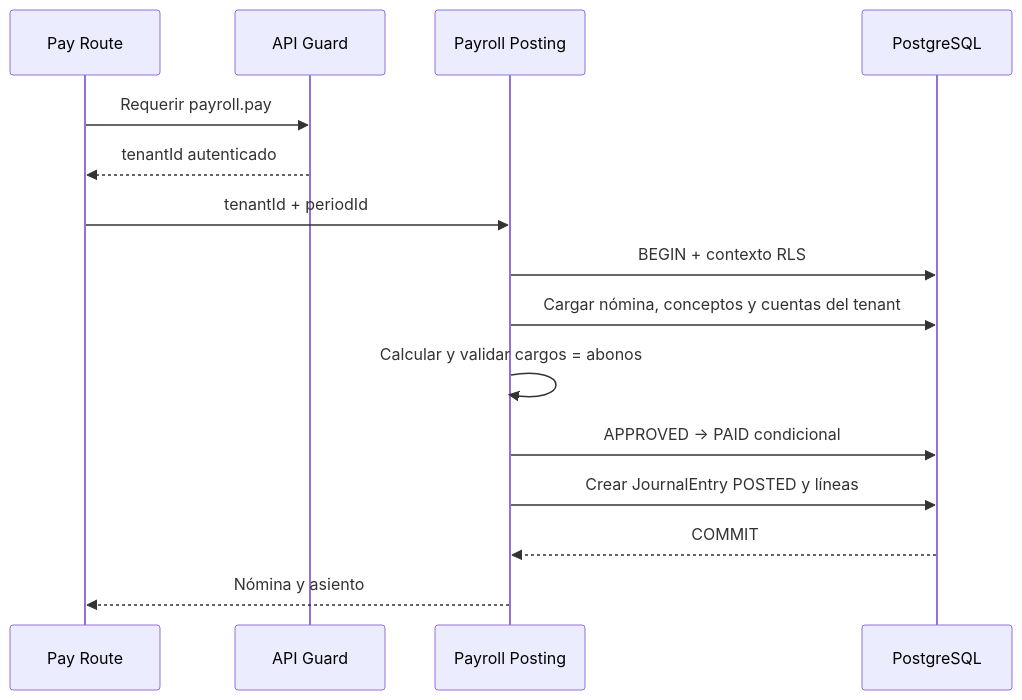
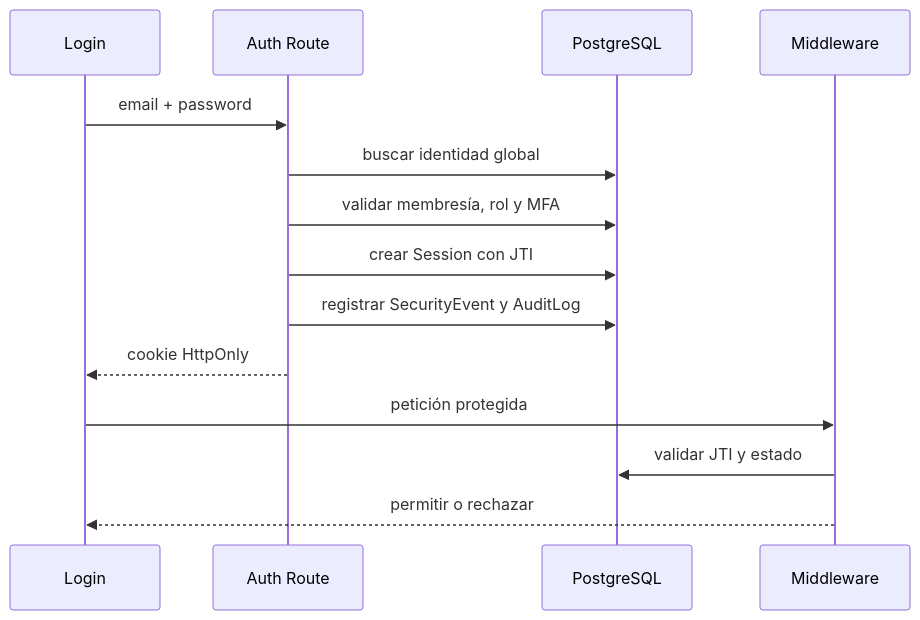
The second of 2 diagrams in ARCHITECTURE.md (AanV03/The-Tower-Power-ERP), drawn with Mermaid before and after one commit. The commit also changed other lines of this file and 1 other file, not shown here.

````diff
--- a/ARCHITECTURE.md
+++ b/ARCHITECTURE.md
@@ -195,18 +263,17 @@
 ```mermaid
 sequenceDiagram
-    participant API as Pay Route
-    participant Guard as API Guard
-    participant Service as Payroll Posting
+    participant UI as Login
+    participant API as Auth Route
     participant DB as PostgreSQL
+    participant MW as Middleware
 
-    API->>Guard: Requerir payroll.pay
-    Guard-->>API: tenantId autenticado
-    API->>Service: tenantId + periodId
-    Service->>DB: BEGIN + contexto RLS
-    Service->>DB: Cargar nómina, conceptos y cuentas del tenant
-    Service->>Service: Calcular y validar cargos = abonos
-    Service->>DB: APPROVED -> PAID condicional
-    Service->>DB: Crear JournalEntry POSTED y líneas
-    DB-->>Service: COMMIT
-    Service-->>API: Nómina y asiento
+    UI->>API: email + password
+    API->>DB: buscar identidad global
+    API->>DB: validar membresía, rol y MFA
+    API->>DB: crear Session con JTI
+    API->>DB: registrar SecurityEvent y AuditLog
+    API-->>UI: cookie HttpOnly
+    UI->>MW: petición protegida
+    MW->>DB: validar JTI y estado
+    MW-->>UI: permitir o rechazar
 ```
````
